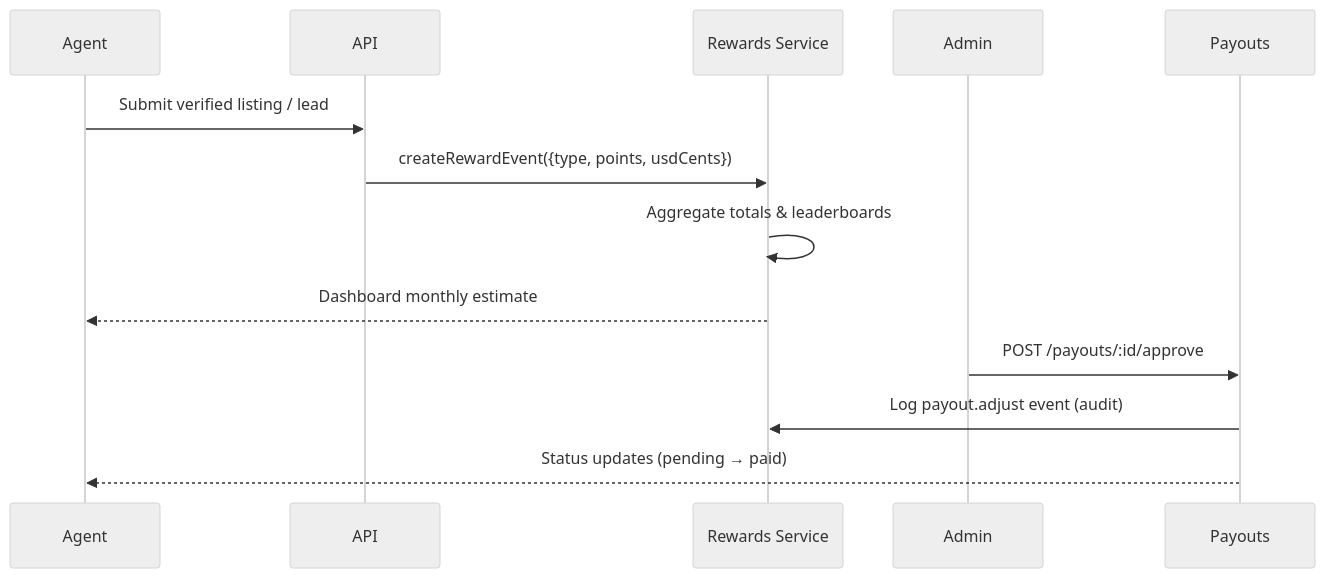
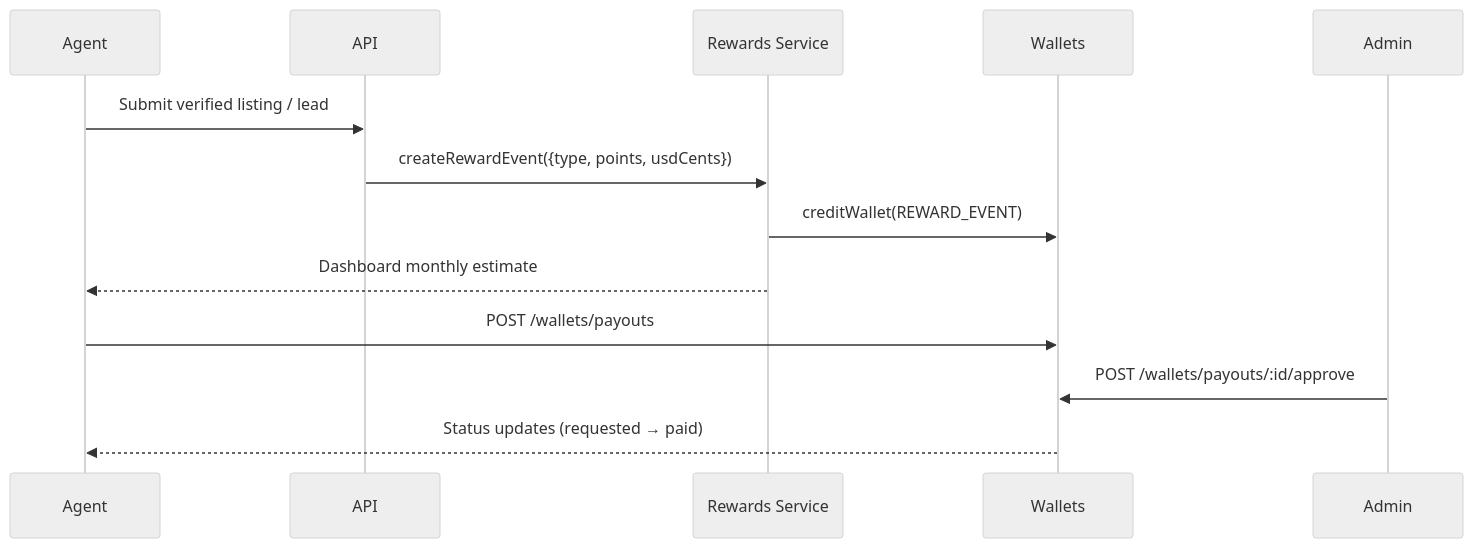
Before and after one commit to Kelvinmbewe/propad: the second of 5 diagrams in docs/ARCHITECTURE.md, drawn with Mermaid (neutral theme). The commit also changed 24 other files, not shown here.

Commit message:
feat: add wallet payouts and kyc flows

````diff
--- a/docs/ARCHITECTURE.md
+++ b/docs/ARCHITECTURE.md
@@ -66,16 +66,16 @@
 ```mermaid
 sequenceDiagram
   participant Agent
   participant API
   participant RewardsSvc as Rewards Service
+  participant Wallets
   participant Admin
-  participant Payouts
 
   Agent->>API: Submit verified listing / lead
   API->>RewardsSvc: createRewardEvent({type, points, usdCents})
-  RewardsSvc->>RewardsSvc: Aggregate totals & leaderboards
+  RewardsSvc->>Wallets: creditWallet(REWARD_EVENT)
   RewardsSvc-->>Agent: Dashboard monthly estimate
-  Admin->>Payouts: POST /payouts/:id/approve
-  Payouts->>RewardsSvc: Log payout.adjust event (audit)
-  Payouts-->>Agent: Status updates (pending → paid)
+  Agent->>Wallets: POST /wallets/payouts
+  Admin->>Wallets: POST /wallets/payouts/:id/approve
+  Wallets-->>Agent: Status updates (requested → paid)
 ```
````
